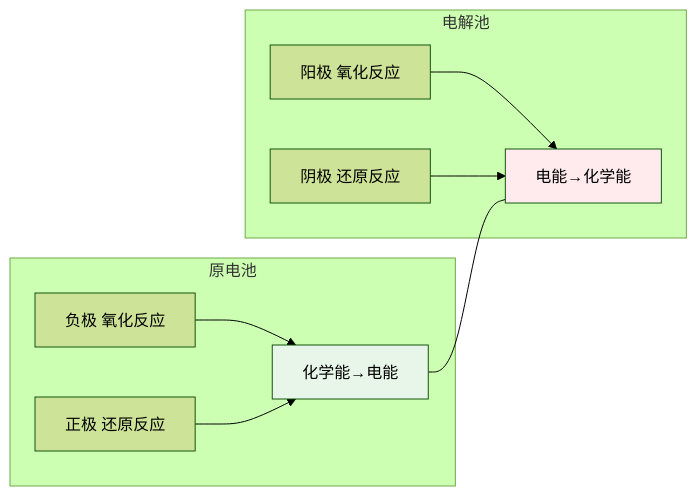
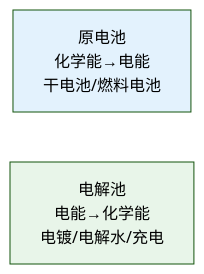
Before and after one commit to wxyClark/wxyClark.github.io: the seventh of 8 diagrams in content/natural-sciences/chemistry/index.md, drawn with Mermaid (forest theme). The commit also changed other lines of this file and 11 other files, not shown here.

````diff
--- a/content/natural-sciences/chemistry/index.md
+++ b/content/natural-sciences/chemistry/index.md
@@ -183,19 +176,8 @@
 ```mermaid
 flowchart LR
-    subgraph 原电池
-        B1[负极 氧化反应]
-        B2[正极 还原反应]
-        B1 & B2 --> B3[化学能→电能]
-    end
+    EC1[原电池<br/>化学能→电能<br/>干电池/燃料电池] 
+    EC2[电解池<br/>电能→化学能<br/>电镀/电解水/充电] 
     
-    subgraph 电解池
-        E1[阳极 氧化反应]
-        E2[阴极 还原反应]
-        E1 & E2 --> E3[电能→化学能]
-    end
-    
-    B3 --- E3
-    
-    style B3 fill:#e8f5e9
-    style E3 fill:#ffebee
+    style EC1 fill:#e3f2fd
+    style EC2 fill:#e8f5e9
 ```
````
